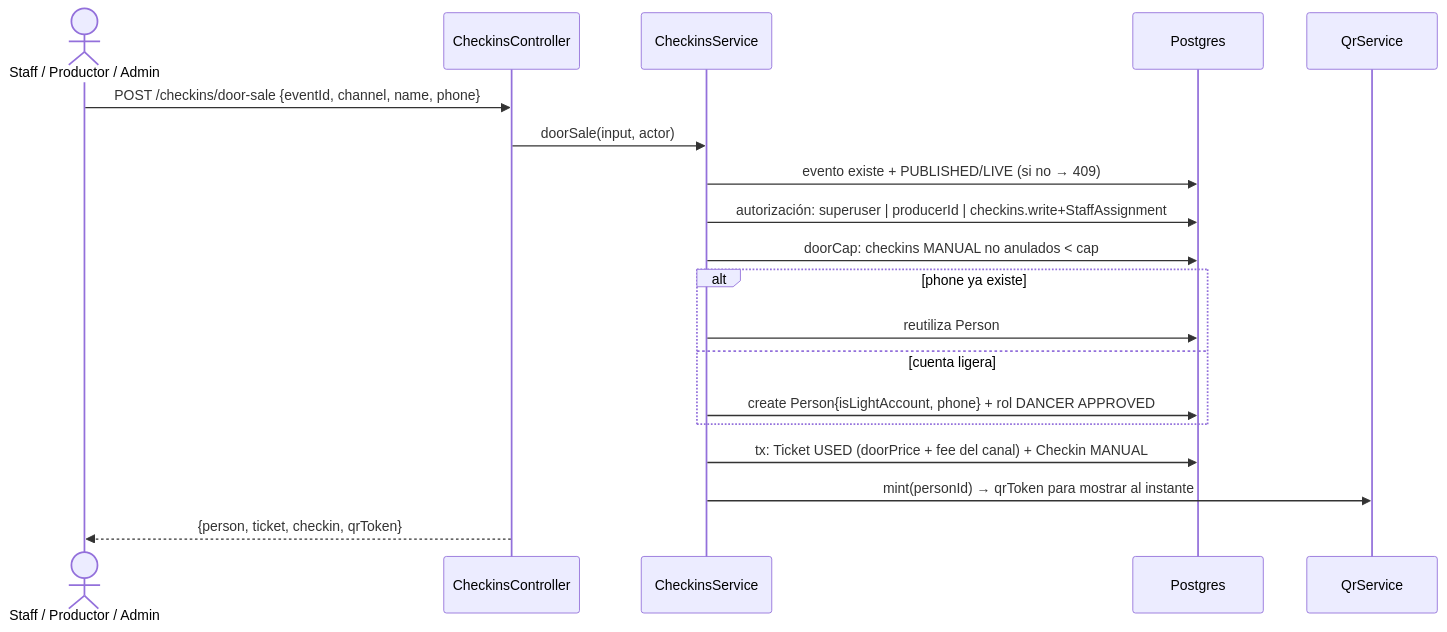
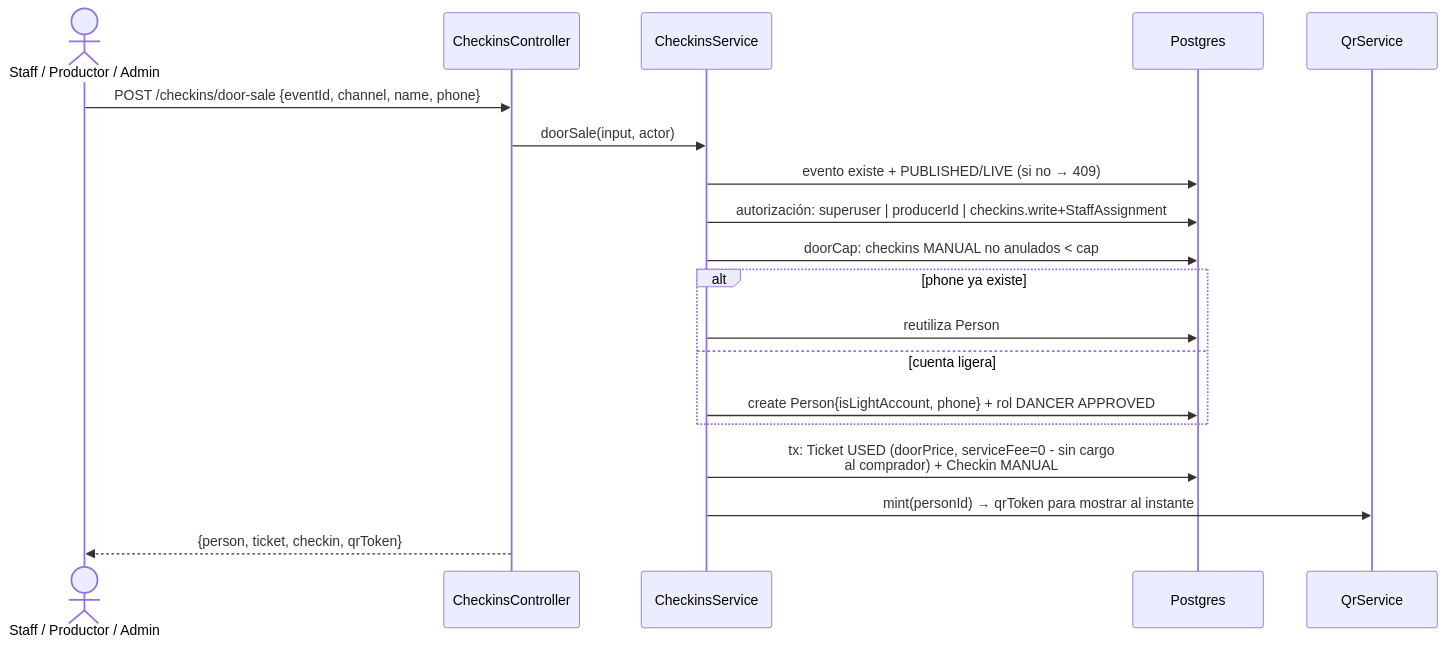
One commit to EduardoSalasG/omnidance changed diagram 13 of 36 in docs/flows.md. Above: the diagram before and after it, drawn with Mermaid. The commit also changed other lines of this file and 50 other files, not shown here.

````diff
--- a/docs/flows.md
+++ b/docs/flows.md
@@ -267,22 +267,22 @@
 ```mermaid
 sequenceDiagram
     actor S as Staff / Productor / Admin
     participant API as CheckinsController
     participant Dom as CheckinsService
     participant DB as Postgres
     participant QR as QrService
 
     S->>API: POST /checkins/door-sale {eventId, channel, name, phone}
     API->>Dom: doorSale(input, actor)
     Dom->>DB: evento existe + PUBLISHED/LIVE (si no → 409)
     Dom->>DB: autorización: superuser | producerId | checkins.write+StaffAssignment
     Dom->>DB: doorCap: checkins MANUAL no anulados < cap
     alt phone ya existe
         Dom->>DB: reutiliza Person
     else cuenta ligera
         Dom->>DB: create Person{isLightAccount, phone} + rol DANCER APPROVED
     end
-    Dom->>DB: tx: Ticket USED (doorPrice + fee del canal) + Checkin MANUAL
+    Dom->>DB: tx: Ticket USED (doorPrice, serviceFee=0 - sin cargo<br/>al comprador) + Checkin MANUAL
     Dom->>QR: mint(personId) → qrToken para mostrar al instante
     API-->>S: {person, ticket, checkin, qrToken}
 ```
````
